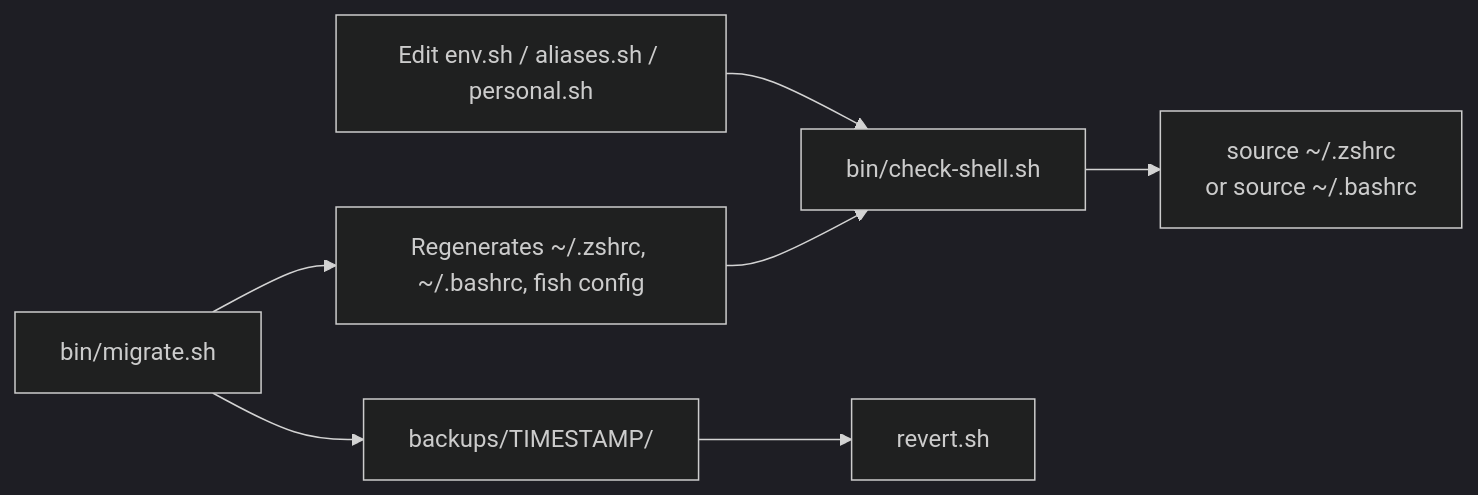
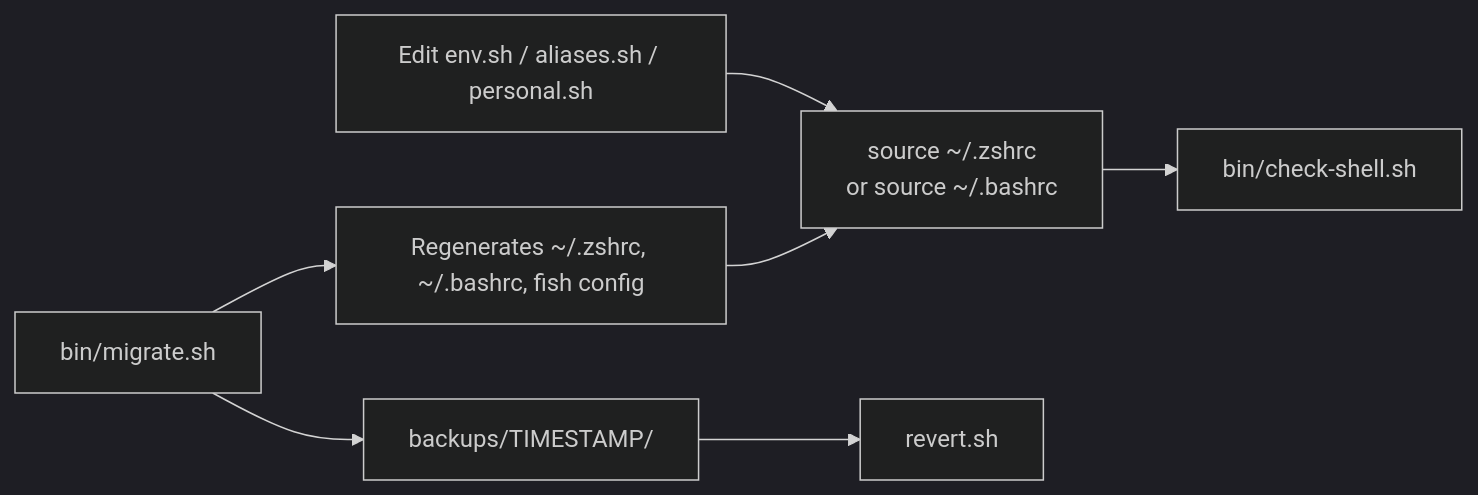
Before and after one commit to p10ns11y/shellyxz.sh: diagram 11 of 11 in shell.md, drawn with Mermaid (dark theme). The commit also changed other lines of this file and 1 other file, not shown here.

````diff
--- a/shell.md
+++ b/shell.md
@@ -410,9 +469,9 @@
 ```mermaid
 flowchart LR
-    edit["Edit env.sh / aliases.sh / personal.sh"] --> check["bin/check-shell.sh"]
-    check --> source["source ~/.zshrc<br/>or source ~/.bashrc"]
+    edit["Edit env.sh / aliases.sh / personal.sh"] --> source["source ~/.zshrc<br/>or source ~/.bashrc"]
+    source --> check["bin/check-shell.sh"]
     migrate["bin/migrate.sh"] --> backup["backups/TIMESTAMP/"]
     backup --> revert["revert.sh"]
     migrate --> regen["Regenerates ~/.zshrc, ~/.bashrc, fish config"]
-    regen --> check
+    regen --> source
 ```
````
